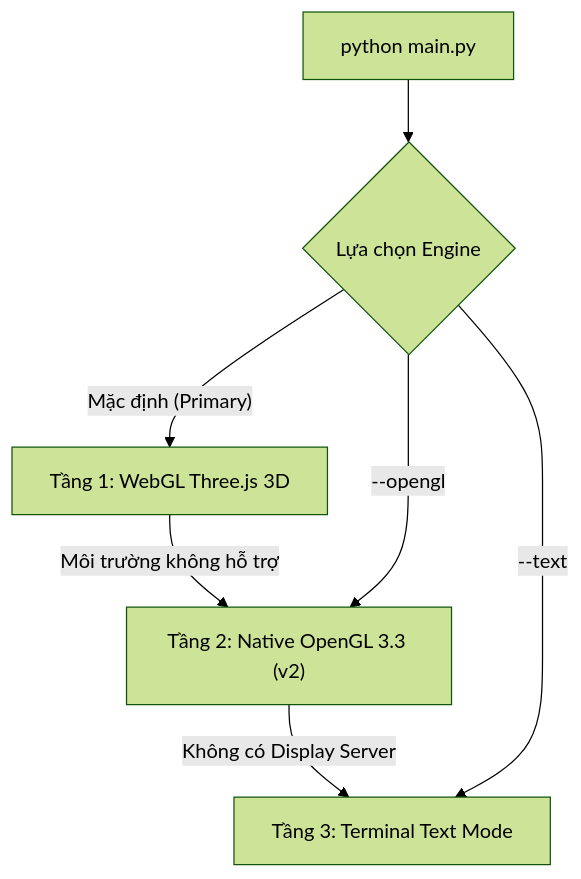
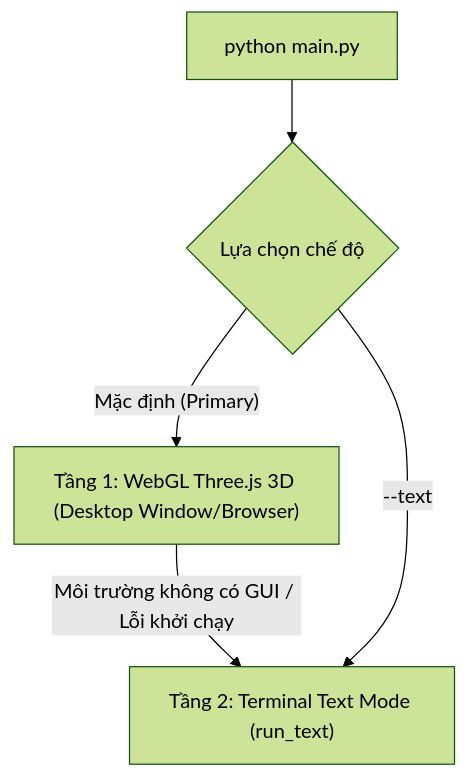
Before and after one commit to AnhKhoaaaa/bloxorz-solver: the diagram in VT3_report.md, drawn with Mermaid (forest theme). The commit also changed other lines of this file and 10 other files, not shown here.

Commit message:
feat(scene): streamline architecture to single engine WebGL Three.js

````diff
--- a/VT3_report.md
+++ b/VT3_report.md
@@ -26,9 +25,7 @@
 ```mermaid
 flowchart TD
-    Launcher["python main.py"] --> Choice{"Lựa chọn Engine"}
-    Choice -->|"Mặc định (Primary)"| WebGL["Tầng 1: WebGL Three.js 3D"]
-    WebGL -->|"Môi trường không hỗ trợ"| NativeGL["Tầng 2: Native OpenGL 3.3 (v2)"]
-    Choice -->|"--opengl"| NativeGL
-    NativeGL -->|"Không có Display Server"| TextMode["Tầng 3: Terminal Text Mode"]
+    Launcher["python main.py"] --> Choice{"Lựa chọn chế độ"}
+    Choice -->|"Mặc định (Primary)"| WebGL["Tầng 1: WebGL Three.js 3D (Desktop Window/Browser)"]
+    WebGL -->|"Môi trường không có GUI / Lỗi khởi chạy"| TextMode["Tầng 2: Terminal Text Mode (run_text)"]
     Choice -->|"--text"| TextMode
 ```
````
